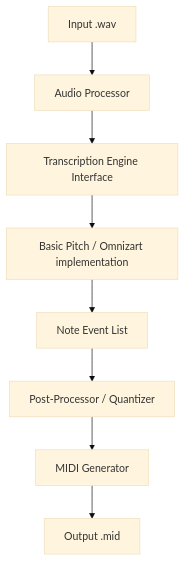
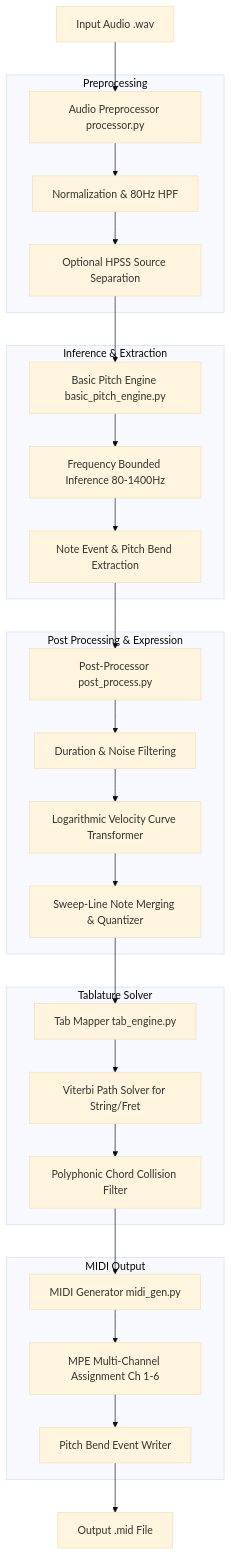
One commit to begram/audio2midi changed the diagram in specs/design.md. Above: the diagram before and after it, drawn with Mermaid (base theme). The commit also changed other lines of this file and 17 other files, not shown here.

First line of the commit message:
feat: enhance polyphonic guitar transcription quality and expressiveness

````diff
--- a/specs/design.md
+++ b/specs/design.md
@@ -6,10 +7,31 @@
 ```mermaid
 graph TD
-    A[Input .wav] --> B[Audio Processor]
-    B --> C[Transcription Engine Interface]
-    C --> D[Basic Pitch / Omnizart implementation]
-    D --> E[Note Event List]
-    E --> F[Post-Processor / Quantizer]
-    F --> G[MIDI Generator]
-    G --> H[Output .mid]
+    A[Input Audio .wav] --> B[Audio Preprocessor processor.py]
+    subgraph Preprocessing
+        B --> B1[Normalization & 80Hz HPF]
+        B1 --> B2[Optional HPSS Source Separation]
+    end
+    B2 --> C[Basic Pitch Engine basic_pitch_engine.py]
+    subgraph Inference & Extraction
+        C --> C1[Frequency Bounded Inference 80-1400Hz]
+        C1 --> C2[Note Event & Pitch Bend Extraction]
+    end
+    C2 --> D[Post-Processor post_process.py]
+    subgraph Post Processing & Expression
+        D --> D1[Duration & Noise Filtering]
+        D2[Logarithmic Velocity Curve Transformer]
+        D1 --> D2
+        D2 --> D3[Sweep-Line Note Merging & Quantizer]
+    end
+    D3 --> E[Tab Mapper tab_engine.py]
+    subgraph Tablature Solver
+        E --> E1[Viterbi Path Solver for String/Fret]
+        E1 --> E2[Polyphonic Chord Collision Filter]
+    end
+    E2 --> F[MIDI Generator midi_gen.py]
+    subgraph MIDI Output
+        F --> F1[MPE Multi-Channel Assignment Ch 1-6]
+        F1 --> F2[Pitch Bend Event Writer]
+    end
+    F2 --> G[Output .mid File]
 ```
````
